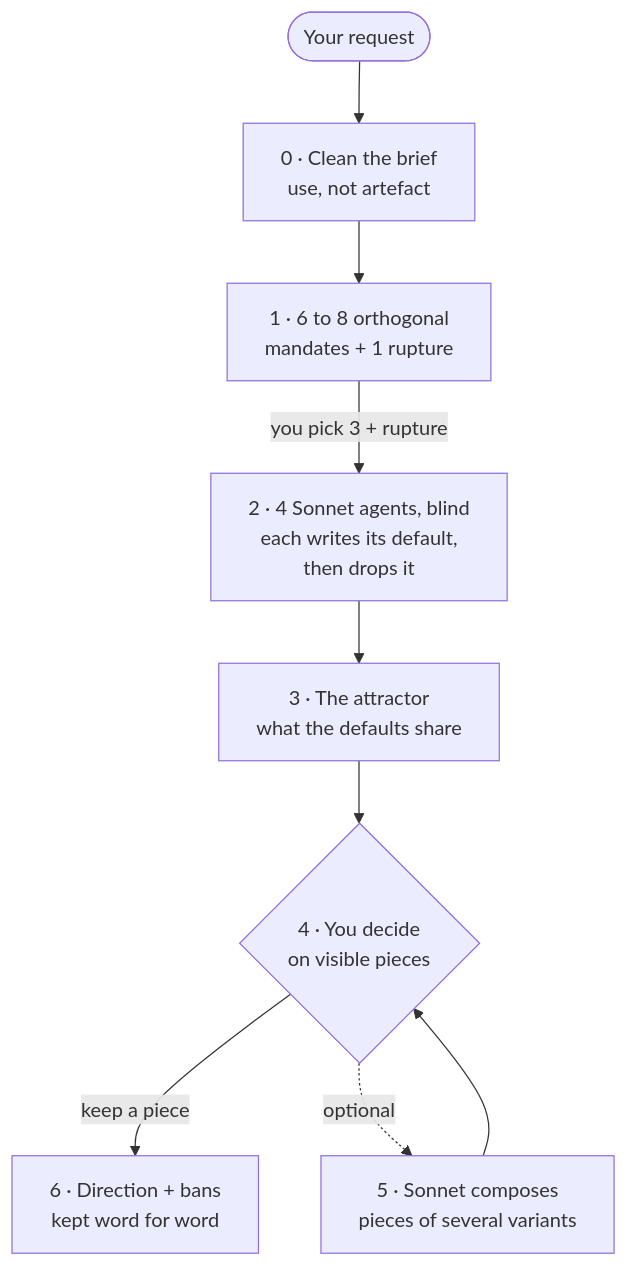
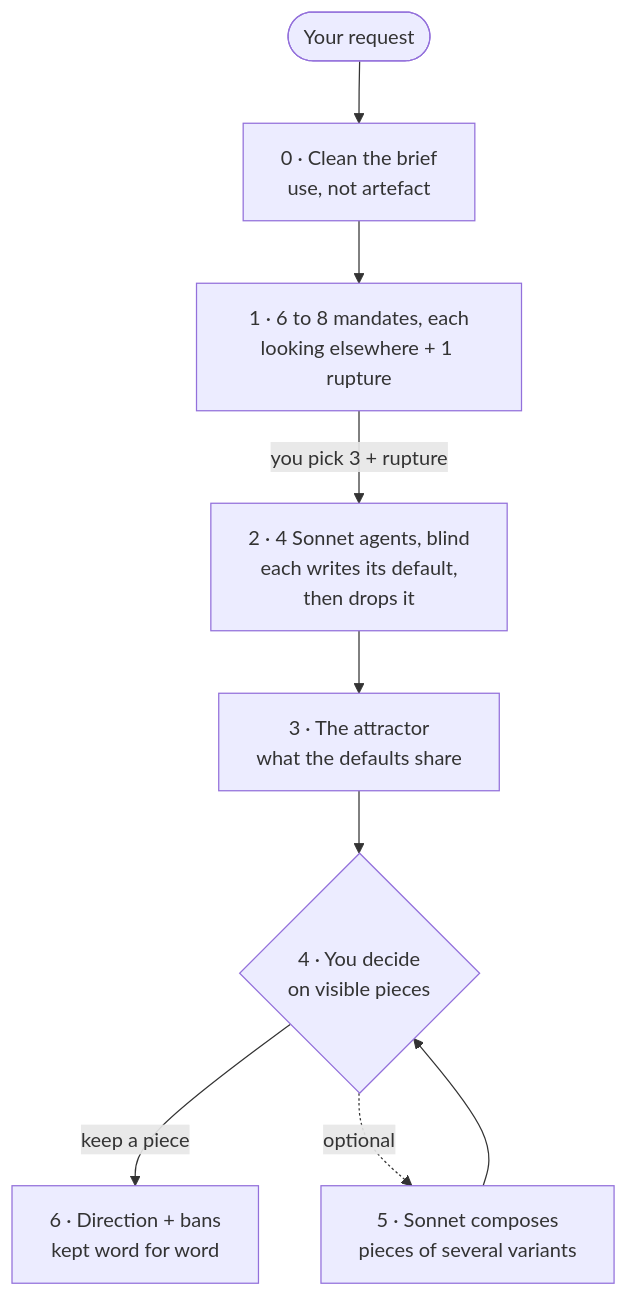
The diagram in README.md (amiel-35/ix-design-divergent), drawn with Mermaid before and after one commit. The commit also changed other lines of this file and 20 other files, not shown here.

````diff
--- a/README.md
+++ b/README.md
@@ -70,11 +70,11 @@
 ```mermaid
 flowchart TD
     R([Your request]) --> S0[0 · Clean the brief<br/>use, not artefact]
-    S0 --> S1[1 · 6 to 8 orthogonal<br/>mandates + 1 rupture]
+    S0 --> S1[1 · 6 to 8 mandates, each<br/>looking elsewhere + 1 rupture]
     S1 -->|you pick 3 + rupture| S2[2 · 4 Sonnet agents, blind<br/>each writes its default,<br/>then drops it]
     S2 --> S3[3 · The attractor<br/>what the defaults share]
     S3 --> S4{4 · You decide<br/>on visible pieces}
     S4 -->|keep a piece| S6[6 · Direction + bans<br/>kept word for word]
     S4 -.->|optional| S5[5 · Sonnet composes<br/>pieces of several variants]
     S5 --> S4
 ```
````
